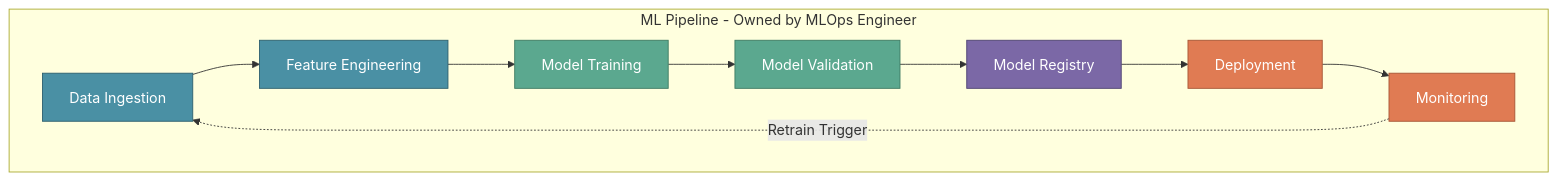
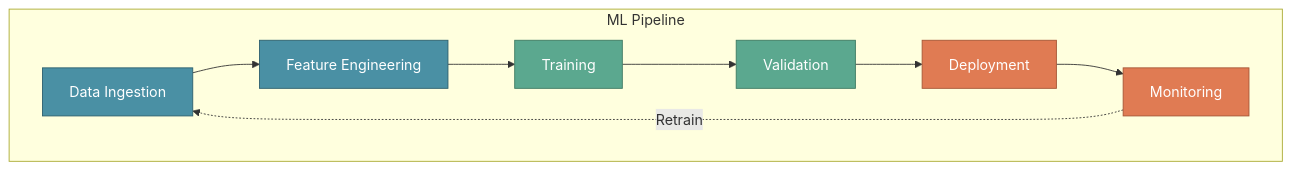
One commit to vinaykagithapu/vinay.github.io changed the second of 2 diagrams in docs/mlops/mlops-fundamentals/3-mlops-engineer-role.md. Above: the diagram before and after it, drawn with Mermaid. The commit also changed other lines of this file, not shown here.

````diff
--- a/docs/mlops/mlops-fundamentals/3-mlops-engineer-role.md
+++ b/docs/mlops/mlops-fundamentals/3-mlops-engineer-role.md
@@ -127,21 +89,19 @@
 ```mermaid
 flowchart LR
-    subgraph pipeline[ML Pipeline - Owned by MLOps Engineer]
+    subgraph pipeline[ML Pipeline]
         direction LR
         A[Data Ingestion] --> B[Feature Engineering]
-        B --> C[Model Training]
-        C --> D[Model Validation]
-        D --> E[Model Registry]
-        E --> F[Deployment]
-        F --> G[Monitoring]
-        G -.->|Retrain Trigger| A
+        B --> C[Training]
+        C --> D[Validation]
+        D --> E[Deployment]
+        E --> F[Monitoring]
+        F -.->|Retrain| A
     end
     
     style A fill:#4A90A4,stroke:#2C5F6E,color:#fff
     style B fill:#4A90A4,stroke:#2C5F6E,color:#fff
     style C fill:#5BA88F,stroke:#3D7A62,color:#fff
     style D fill:#5BA88F,stroke:#3D7A62,color:#fff
-    style E fill:#7B68A6,stroke:#4E4272,color:#fff
+    style E fill:#E07B53,stroke:#A65535,color:#fff
     style F fill:#E07B53,stroke:#A65535,color:#fff
-    style G fill:#E07B53,stroke:#A65535,color:#fff
 ```
````
